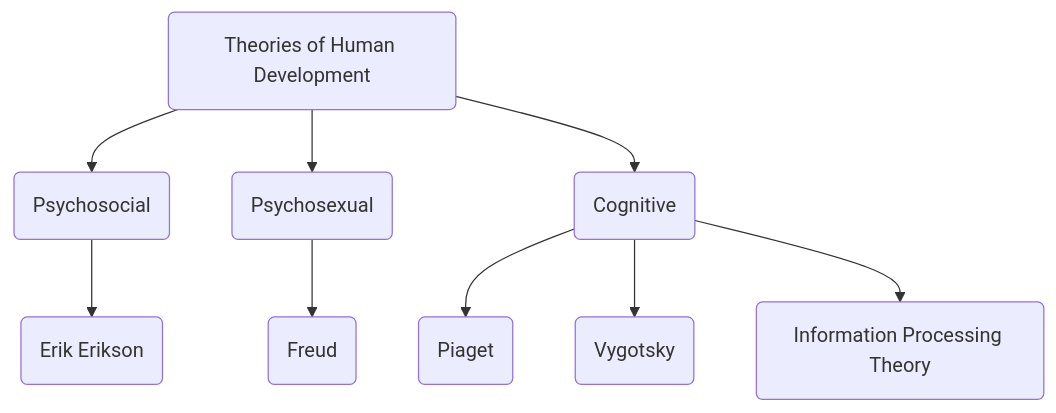
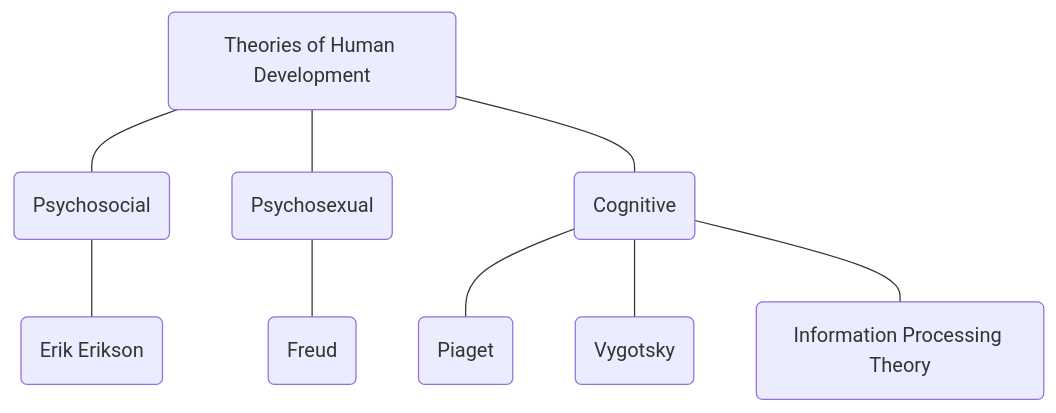
One commit to corvusdeinanis/cuddly-train changed the diagram in content/Theories of Human Development.md. Above: the diagram before and after it, drawn with Mermaid. The commit also changed 16 other files, not shown here.

````diff
--- a/content/Theories of Human Development.md
+++ b/content/Theories of Human Development.md
@@ -7,9 +7,9 @@
 ```mermaid
 flowchart
-A(Theories of Human Development) -->B(Psychosocial)-->x(Erik Erikson)
-A-->C(Psychosexual)-->y(Freud)
-A-->D(Cognitive)
-D-->E(Piaget)
-D-->F(Vygotsky)
-D-->G(Information Processing Theory)
+A(Theories of Human Development)---B(Psychosocial)---X(Erik Erikson)
+A---C(Psychosexual)---y(Freud)
+A---D(Cognitive)
+D---E(Piaget)
+D---F(Vygotsky)
+D---G(Information Processing Theory)
 ```
````
